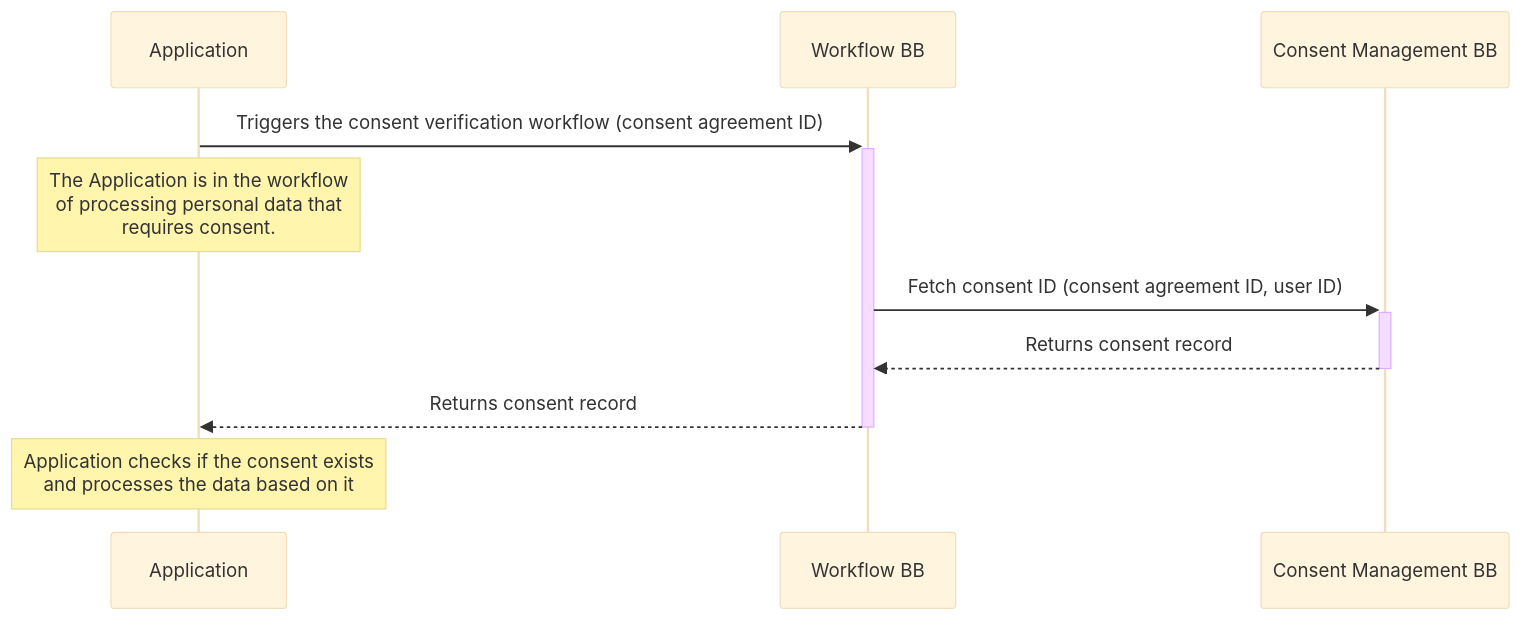
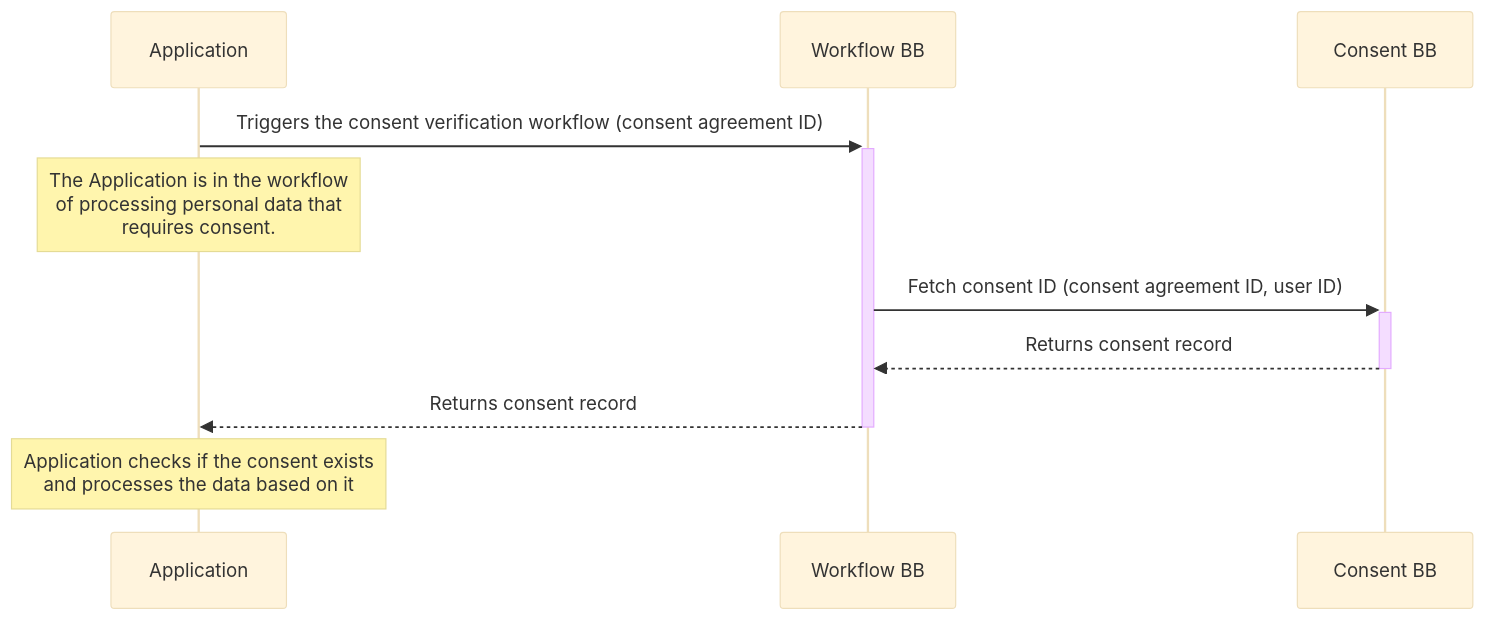
One commit to GovStackWorkingGroup/bb-consent changed the fourth of 4 diagrams in spec/9-workflows.md. Above: the diagram before and after it, drawn with Mermaid (base theme). The commit also changed other lines of this file and 4 other files, not shown here.

Commit message:
CON-68: Replace various occurrences of "consent management"

````diff
--- a/spec/9-workflows.md
+++ b/spec/9-workflows.md
@@ -140,12 +140,12 @@
 ```mermaid
 sequenceDiagram
 
 Application->>+Workflow BB: Triggers the consent verification workflow (consent agreement ID)
 note over Application: The Application is in the workflow<br />of processing personal data that<br />requires consent. 
 
-Workflow BB->>+Consent Management BB: Fetch consent ID (consent agreement ID, user ID)
-Consent Management BB-->>-Workflow BB: Returns consent record
+Workflow BB->>+Consent BB: Fetch consent ID (consent agreement ID, user ID)
+Consent BB-->>-Workflow BB: Returns consent record
 Workflow BB-->>-Application: Returns consent record
 
 note over Application: Application checks if the consent exists<br />and processes the data based on it
 ```
````
